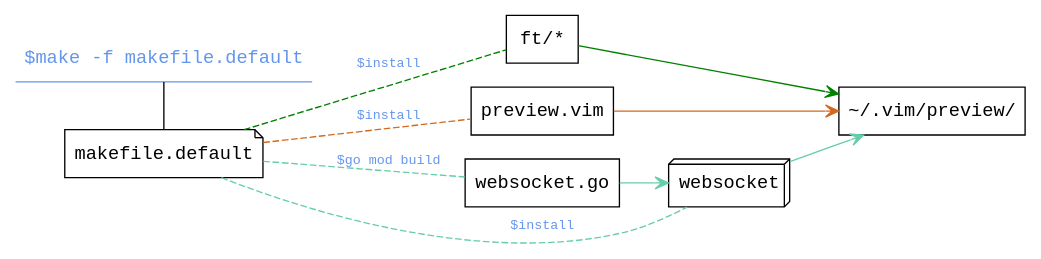
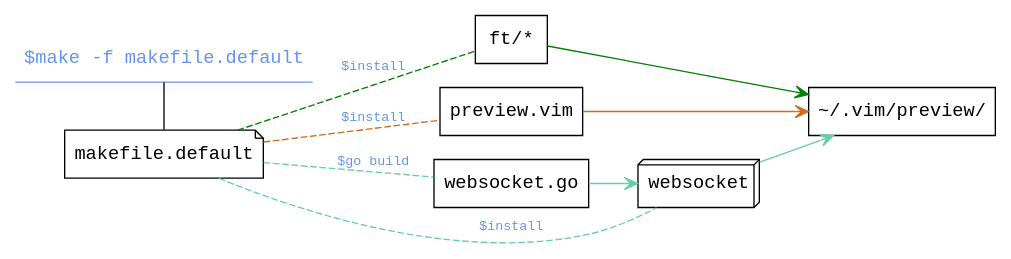
The diagram in README/make.dot (riku-ri/preview.nvim), drawn with Graphviz before and after one commit. The commit also changed 1 other file, not shown here.

```diff
--- a/README/make.dot
+++ b/README/make.dot
@@ -1,30 +1,30 @@
 digraph g
 {
 	rankdir=LR;
 	node[shape="box", fontname="monospace"]
 	edge[arrowhead=vee, arrowtail=vee, fontname="monospace", fontsize=10, dir=none]
 
 	make[label="$make -f makefile.default", shape=underline, fontcolor=cornflowerblue, color=cornflowerblue]
 	makefile[label="makefile.default", shape="note"]
 	"ft/*"
 	"preview.vim"
 	"websocket.go"
 	"websocket" [shape=box3d]
 	root[label="~/.vim/preview/"]
 
 	make -> makefile
 
-	makefile       -> "websocket.go" [label="$go mod build", fontcolor=cornflowerblue, style=dashed, color=aquamarine3]
+	makefile       -> "websocket.go" [label="$go build", fontcolor=cornflowerblue, style=dashed, color=aquamarine3]
 	"websocket.go" -> websocket      [label="", color=aquamarine3, dir=forward]
 	makefile       -> websocket      [label="$install", color=aquamarine3, fontcolor=cornflowerblue, style=dashed]
 	websocket      -> root           [label="", color=aquamarine3, dir=forward]
 
 	makefile      -> "preview.vim" [label="$install", fontcolor=cornflowerblue, style=dashed, color=chocolate]
 	"preview.vim" -> root          [color=chocolate, dir=forward]
 
 	makefile      -> "ft/*" [label="$install", fontcolor=cornflowerblue, style=dashed, color=webgreen]
 	"ft/*"        -> root   [label=""color=webgreen, dir=forward]
 
 	{rank=same;"preview.vim";"websocket.go";"ft/*";}
 	{rank=same;make;makefile}
 }
```
